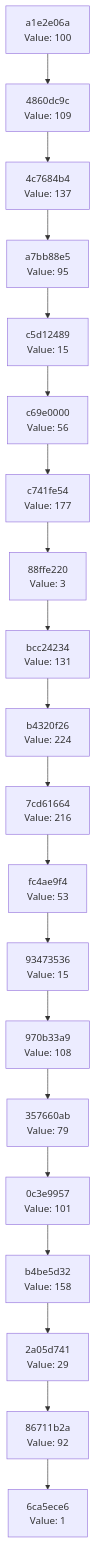
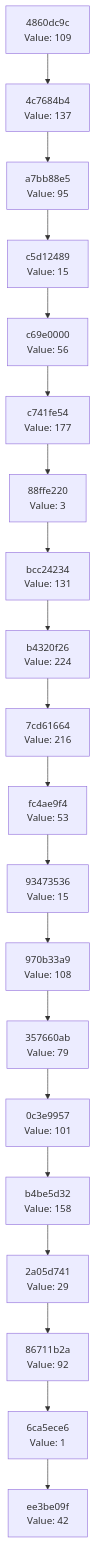
One commit to Abhisheksinha1506/hash-chain-evolver changed the diagram in docs/CHAIN_VISUALIZATION.md. Above: the diagram before and after it, drawn with Mermaid. The commit also changed 3 other files, not shown here.

````diff
--- a/docs/CHAIN_VISUALIZATION.md
+++ b/docs/CHAIN_VISUALIZATION.md
@@ -3,42 +3,42 @@
 ```mermaid
 graph TD
-    C0["6ca5ece6<br/>Value: 1"]
-    C1["86711b2a<br/>Value: 92"]
+    C0["ee3be09f<br/>Value: 42"]
+    C1["6ca5ece6<br/>Value: 1"]
     C1 --> C0
-    C2["2a05d741<br/>Value: 29"]
+    C2["86711b2a<br/>Value: 92"]
     C2 --> C1
-    C3["b4be5d32<br/>Value: 158"]
+    C3["2a05d741<br/>Value: 29"]
     C3 --> C2
-    C4["0c3e9957<br/>Value: 101"]
+    C4["b4be5d32<br/>Value: 158"]
     C4 --> C3
-    C5["357660ab<br/>Value: 79"]
+    C5["0c3e9957<br/>Value: 101"]
     C5 --> C4
-    C6["970b33a9<br/>Value: 108"]
+    C6["357660ab<br/>Value: 79"]
     C6 --> C5
-    C7["93473536<br/>Value: 15"]
+    C7["970b33a9<br/>Value: 108"]
     C7 --> C6
-    C8["fc4ae9f4<br/>Value: 53"]
+    C8["93473536<br/>Value: 15"]
     C8 --> C7
-    C9["7cd61664<br/>Value: 216"]
+    C9["fc4ae9f4<br/>Value: 53"]
     C9 --> C8
-    C10["b4320f26<br/>Value: 224"]
+    C10["7cd61664<br/>Value: 216"]
     C10 --> C9
-    C11["bcc24234<br/>Value: 131"]
+    C11["b4320f26<br/>Value: 224"]
     C11 --> C10
-    C12["88ffe220<br/>Value: 3"]
+    C12["bcc24234<br/>Value: 131"]
     C12 --> C11
-    C13["c741fe54<br/>Value: 177"]
+    C13["88ffe220<br/>Value: 3"]
     C13 --> C12
-    C14["c69e0000<br/>Value: 56"]
+    C14["c741fe54<br/>Value: 177"]
     C14 --> C13
-    C15["c5d12489<br/>Value: 15"]
+    C15["c69e0000<br/>Value: 56"]
     C15 --> C14
-    C16["a7bb88e5<br/>Value: 95"]
+    C16["c5d12489<br/>Value: 15"]
     C16 --> C15
-    C17["4c7684b4<br/>Value: 137"]
+    C17["a7bb88e5<br/>Value: 95"]
     C17 --> C16
-    C18["4860dc9c<br/>Value: 109"]
+    C18["4c7684b4<br/>Value: 137"]
     C18 --> C17
-    C19["a1e2e06a<br/>Value: 100"]
+    C19["4860dc9c<br/>Value: 109"]
     C19 --> C18
 ```
````
